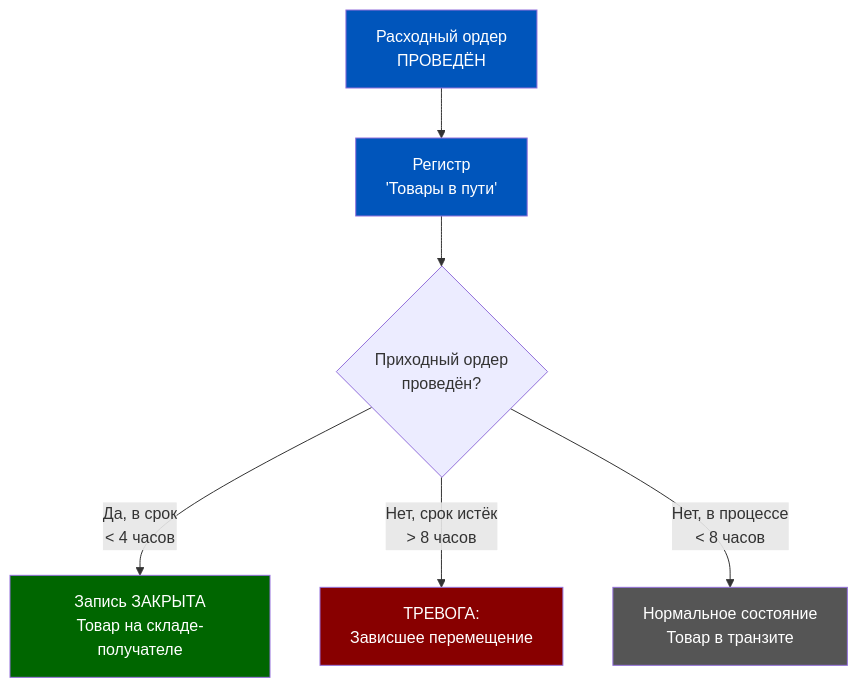
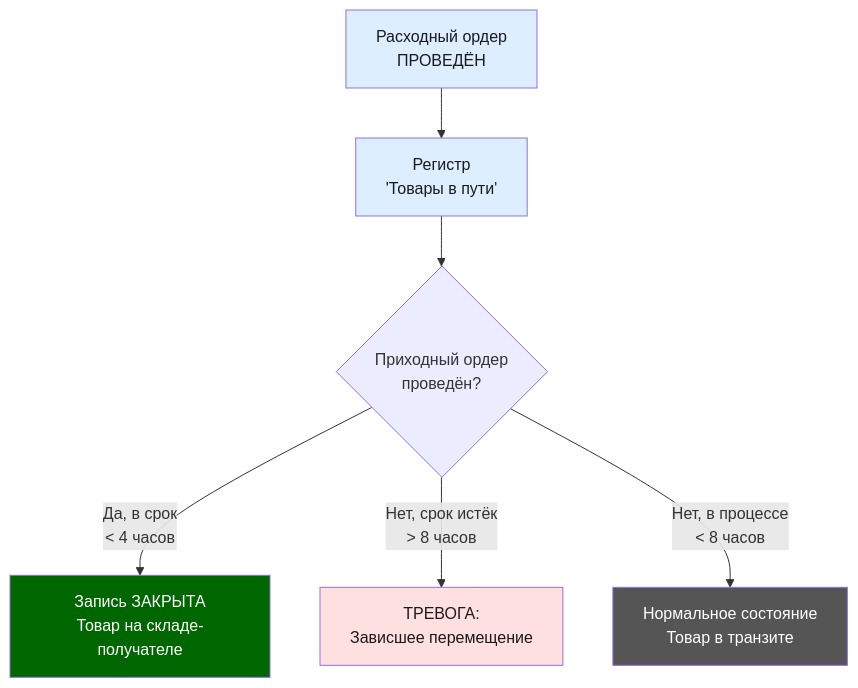
Before and after one commit to murad1986/1c-erp-quartz: the fourth of 9 diagrams in content/1c-erp/week_5/Неделя 5 - День 1 - Складские перемещения.md, drawn with Mermaid. The commit also changed other lines of this file and 57 other files, not shown here.

First line of the commit message:
fix: Mermaid — пастельные цвета в источниках диаграмм (56 файлов)

````diff
--- a/content/1c-erp/week_5/Неделя 5 - День 1 - Складские перемещения.md
+++ b/content/1c-erp/week_5/Неделя 5 - День 1 - Складские перемещения.md
@@ -215,14 +215,14 @@
 ```mermaid
 graph TD
     A["Расходный ордер<br/>ПРОВЕДЁН"] --> B["Регистр<br/>'Товары в пути'"]
     B --> C{Приходный ордер<br/>проведён?}
     C -->|"Да, в срок<br/>< 4 часов"| D["Запись ЗАКРЫТА<br/>Товар на складе-получателе"]
     C -->|"Нет, срок истёк<br/>> 8 часов"| E["ТРЕВОГА:<br/>Зависшее перемещение"]
     C -->|"Нет, в процессе<br/>< 8 часов"| F["Нормальное состояние<br/>Товар в транзите"]
 
-    style A fill:#0055BB,color:#fff
-    style B fill:#0055BB,color:#fff
+    style A fill:#dceeff,color:#1a1a1a
+    style B fill:#dceeff,color:#1a1a1a
     style D fill:#006600,color:#fff
-    style E fill:#880000,color:#fff
+    style E fill:#ffe0e0,color:#1a1a1a
     style F fill:#555555,color:#fff
 ```
````
